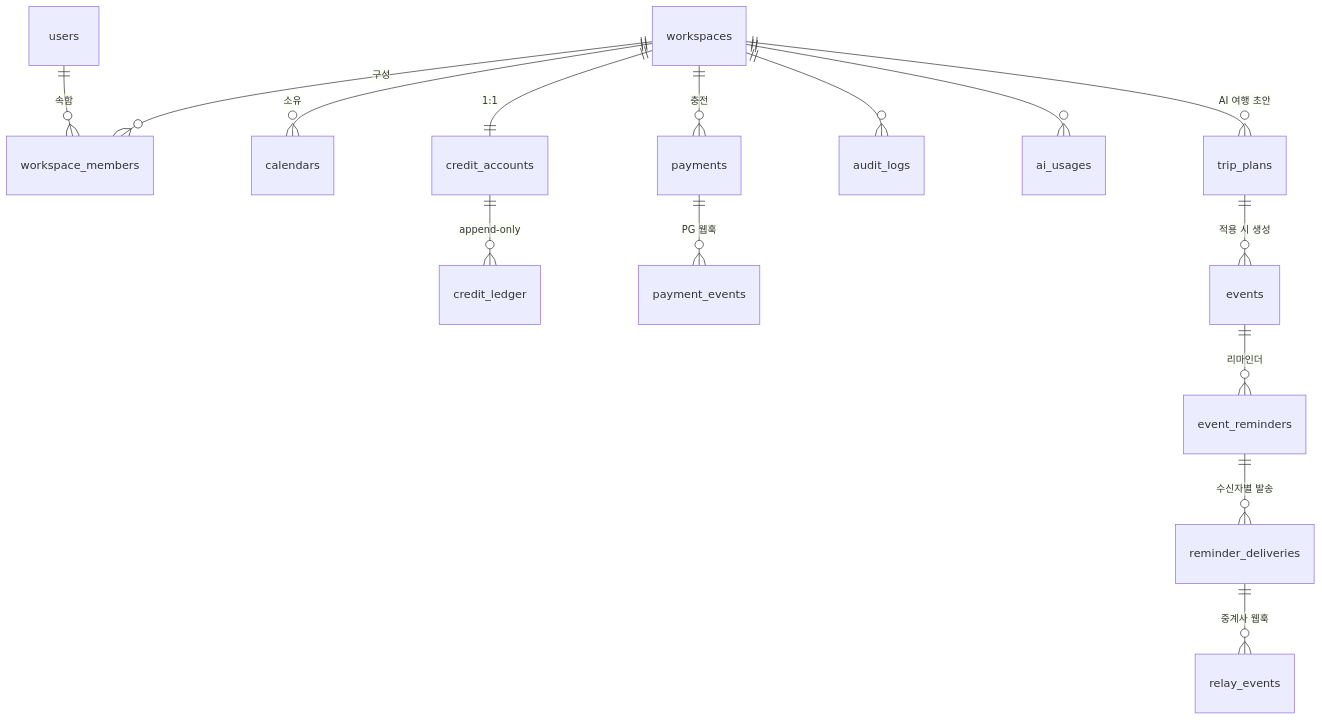
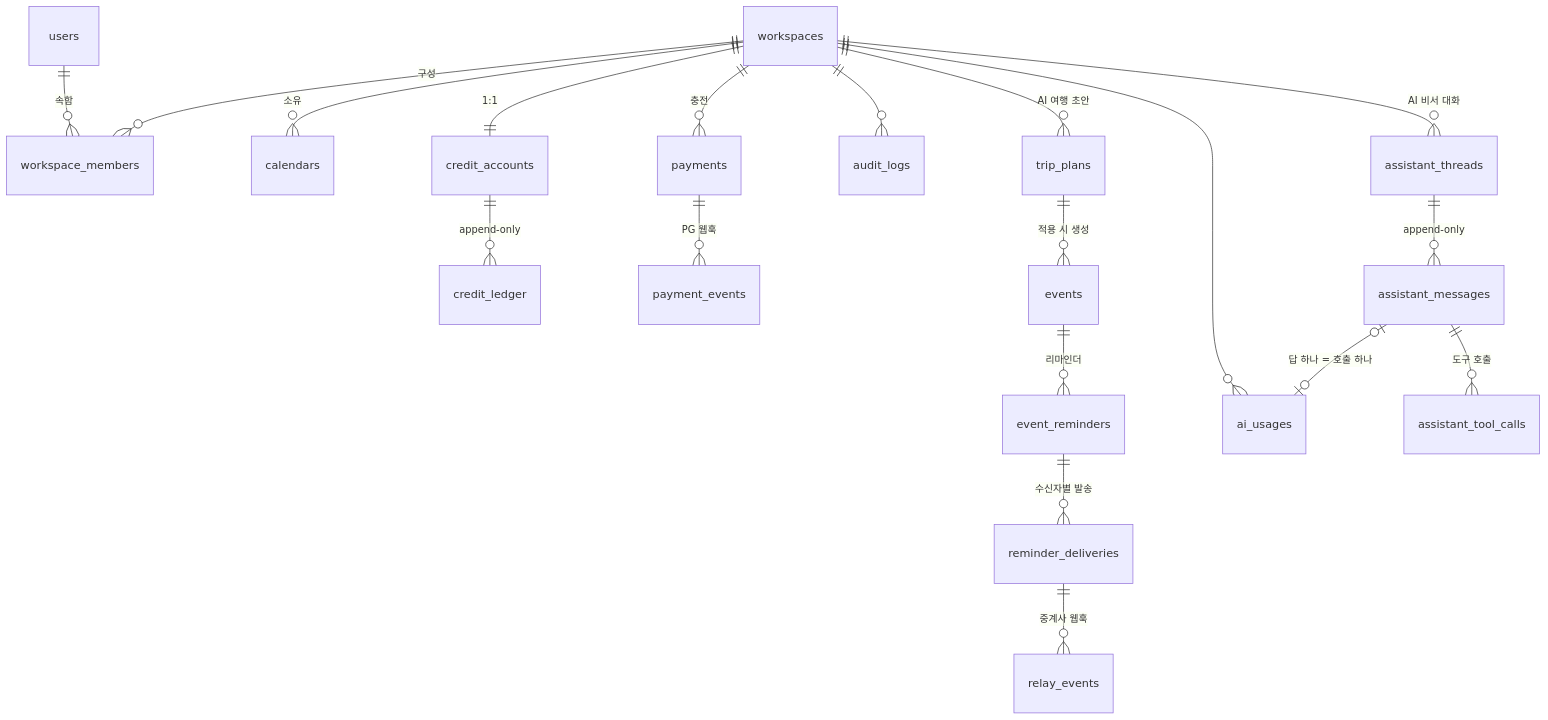
The diagram in docs/ERD.md (seommin/plandit), drawn with Mermaid before and after one commit. The commit also changed other lines of this file and 29 other files, not shown here.

````diff
--- a/docs/ERD.md
+++ b/docs/ERD.md
@@ -9,17 +9,21 @@
 ```mermaid
 erDiagram
     users ||--o{ workspace_members : "속함"
     workspaces ||--o{ workspace_members : "구성"
     workspaces ||--o{ calendars : "소유"
     workspaces ||--|| credit_accounts : "1:1"
     credit_accounts ||--o{ credit_ledger : "append-only"
     workspaces ||--o{ payments : "충전"
     payments ||--o{ payment_events : "PG 웹훅"
     events ||--o{ event_reminders : "리마인더"
     event_reminders ||--o{ reminder_deliveries : "수신자별 발송"
     reminder_deliveries ||--o{ relay_events : "중계사 웹훅"
     workspaces ||--o{ audit_logs : ""
     workspaces ||--o{ ai_usages : ""
     workspaces ||--o{ trip_plans : "AI 여행 초안"
     trip_plans ||--o{ events : "적용 시 생성"
+    workspaces ||--o{ assistant_threads : "AI 비서 대화"
+    assistant_threads ||--o{ assistant_messages : "append-only"
+    assistant_messages ||--o{ assistant_tool_calls : "도구 호출"
+    assistant_messages |o--o| ai_usages : "답 하나 = 호출 하나"
 ```
````
